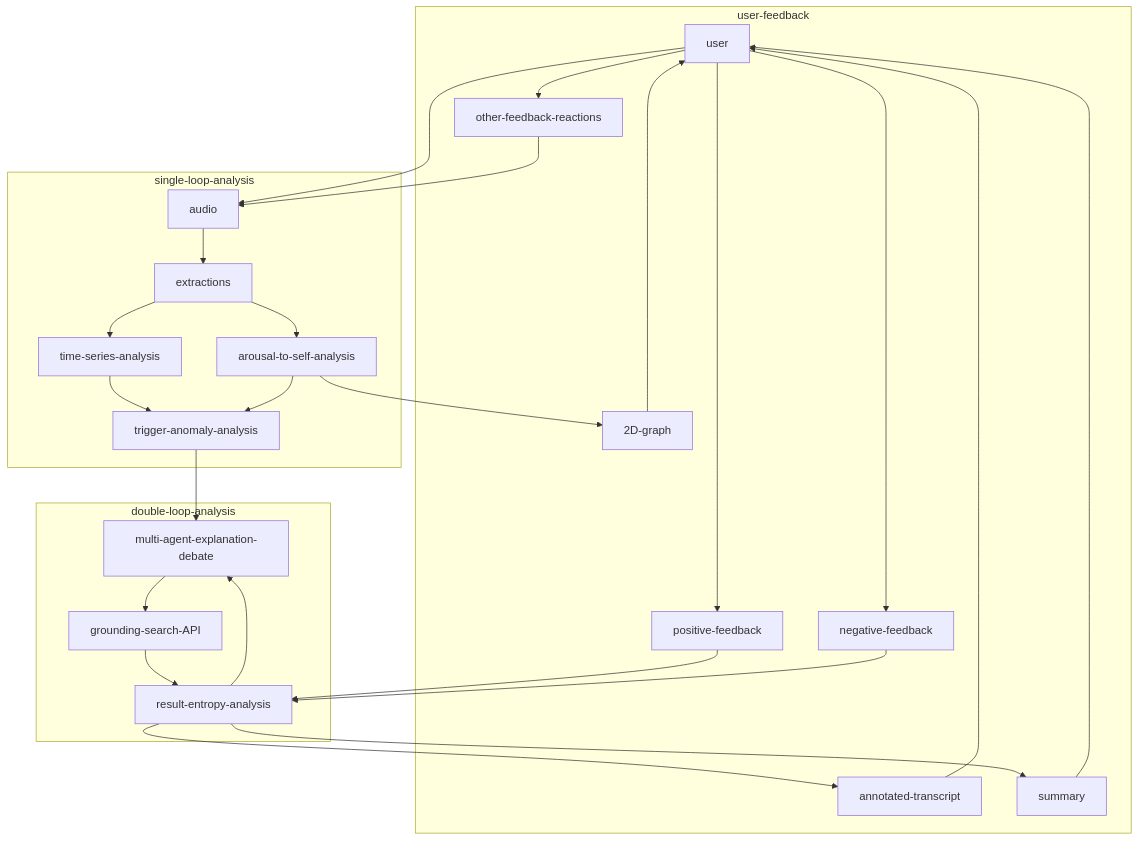
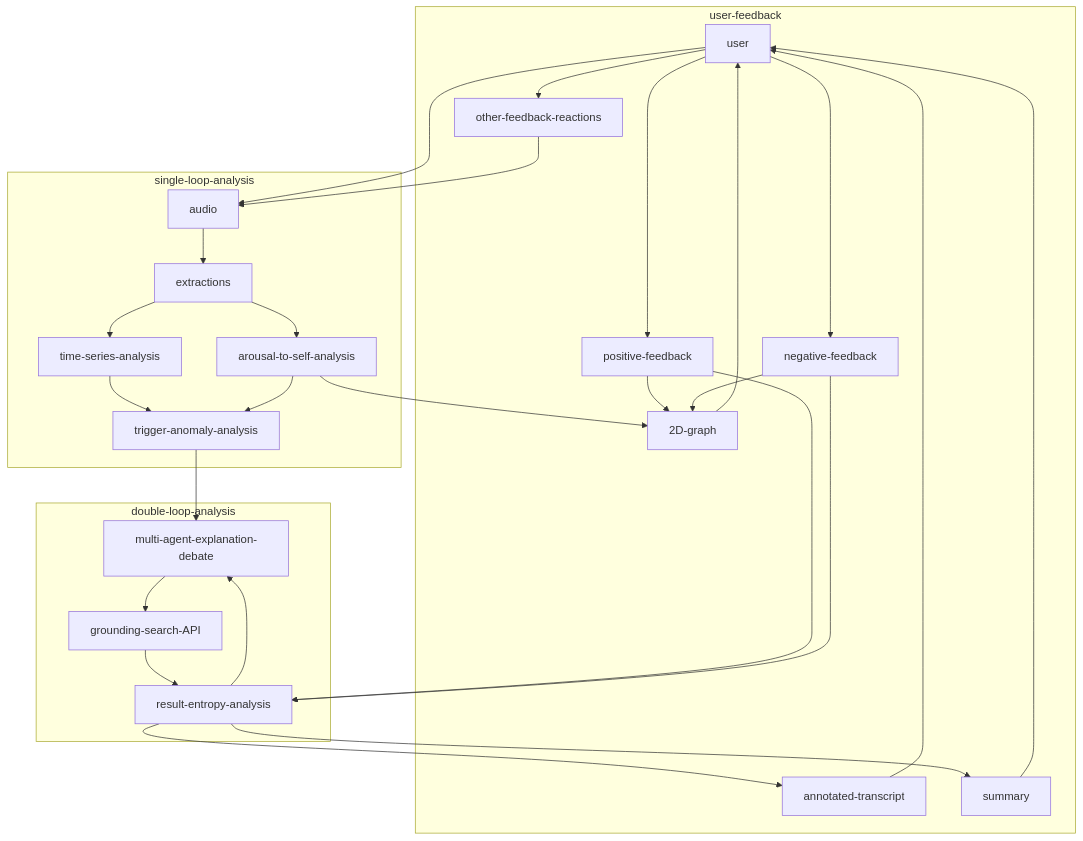
One commit to tinycatalyzer/Plans changed the diagram in MyAshisuto-Overview.md. Above: the diagram before and after it, drawn with Mermaid.

````diff
--- a/MyAshisuto-Overview.md
+++ b/MyAshisuto-Overview.md
@@ -2,17 +2,17 @@
 ```mermaid
 graph TD;
   user --> audio
   subgraph single-loop-analysis
     audio --> extractions --> time-series-analysis & arousal-to-self-analysis --> trigger-anomaly-analysis
     end
   subgraph double-loop-analysis
     trigger-anomaly-analysis --> multi-agent-explanation-debate --> grounding-search-API --> result-entropy-analysis --> multi-agent-explanation-debate
     end
   subgraph user-feedback
     annotated-transcript & summary --> user
     result-entropy-analysis --> annotated-transcript & summary
     arousal-to-self-analysis --> 2D-graph --> user --> positive-feedback & negative-feedback & other-feedback-reactions
     other-feedback-reactions --> audio
-    positive-feedback & negative-feedback --> result-entropy-analysis
+    positive-feedback & negative-feedback --> result-entropy-analysis & 2D-graph
     end 
 ```
````
